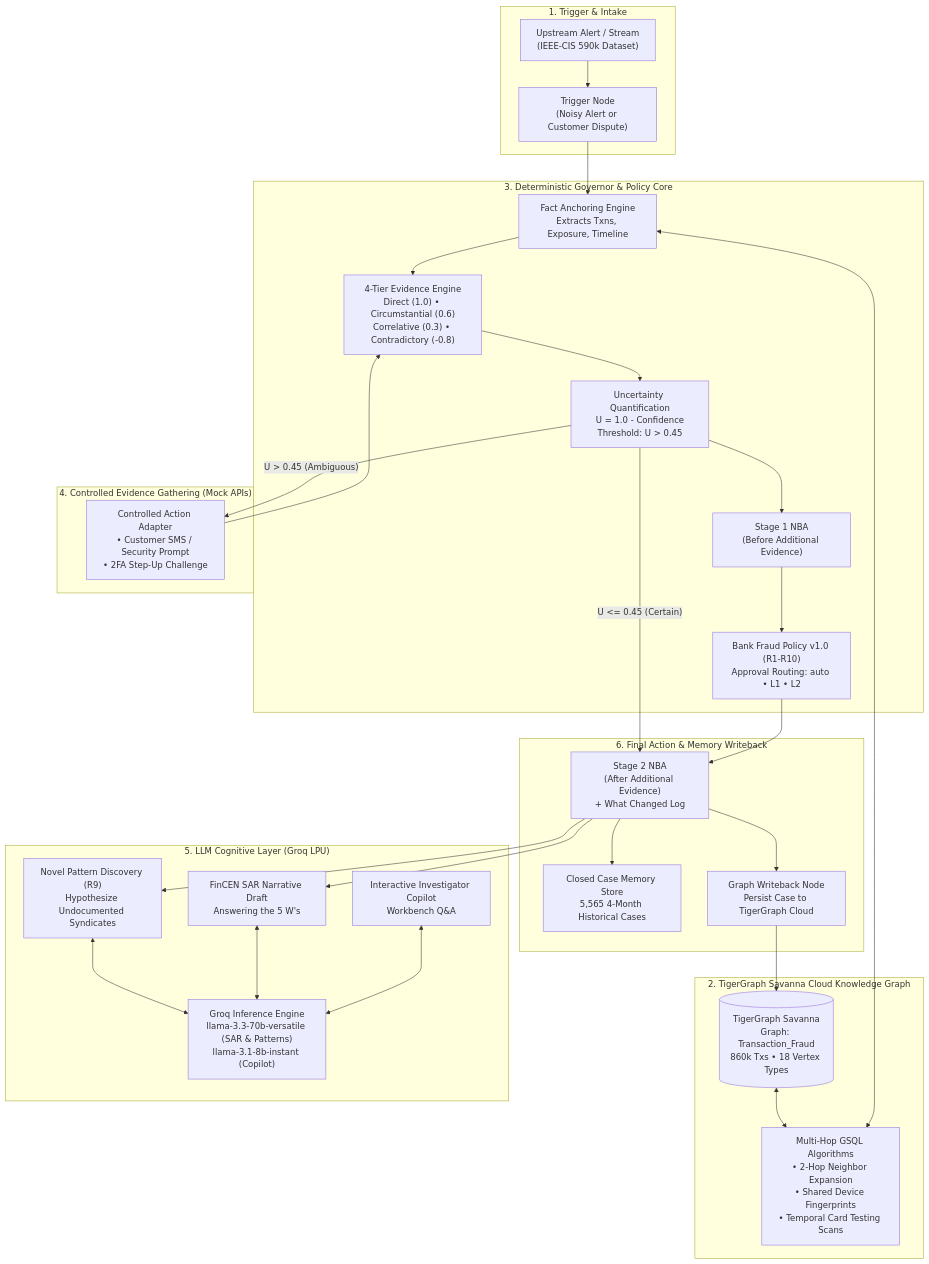
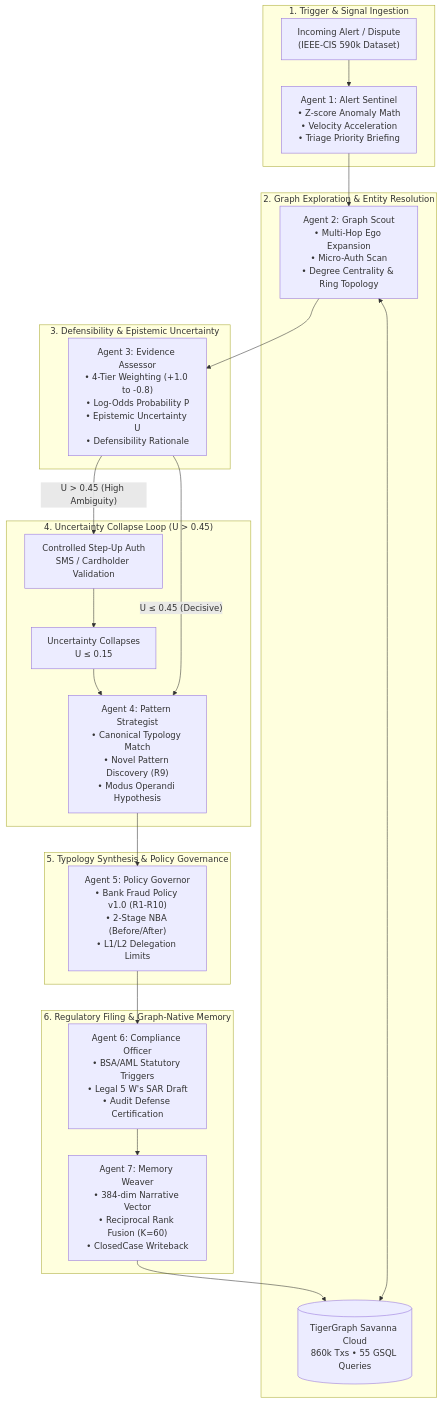
One commit to Soujanya-Mctrl/Zyg0s changed the first of 3 diagrams in ARCHITECTURE.md. Above: the diagram before and after it, drawn with Mermaid. The commit also changed other lines of this file and 55 other files, not shown here.

Commit message:
feat: add agent pipeline, graph-native case memory queries, and fraud case datasets

````diff
--- a/ARCHITECTURE.md
+++ b/ARCHITECTURE.md
@@ -66,59 +70,32 @@
 ```mermaid
 flowchart TD
-    subgraph INGESTION["1. Trigger & Intake"]
-        A1["Upstream Alert / Stream<br/>(IEEE-CIS 590k Dataset)"] --> T1["Trigger Node<br/>(Noisy Alert or Customer Dispute)"]
+    subgraph INGESTION["1. Trigger & Signal Ingestion"]
+        ALERT["Incoming Alert / Dispute<br/>(IEEE-CIS 590k Dataset)"] --> SENTINEL["Agent 1: Alert Sentinel<br/>• Z-score Anomaly Math<br/>• Velocity Acceleration<br/>• Triage Priority Briefing"]
     end
 
-    subgraph TIGERGRAPH["2. TigerGraph Savanna Cloud Knowledge Graph"]
-        TG_CONN[("TigerGraph Savanna<br/>Graph: Transaction_Fraud<br/>860k Txs • 18 Vertex Types")]
-        GSQL_TRAV["Multi-Hop GSQL Algorithms<br/>• 2-Hop Neighbor Expansion<br/>• Shared Device Fingerprints<br/>• Temporal Card Testing Scans"]
-        TG_CONN <--> GSQL_TRAV
+    subgraph TIGERGRAPH["2. Graph Exploration & Entity Resolution"]
+        SENTINEL --> SCOUT["Agent 2: Graph Scout<br/>• Multi-Hop Ego Expansion<br/>• Micro-Auth Scan<br/>• Degree Centrality & Ring Topology"]
+        TG_SAVANNA[("TigerGraph Savanna Cloud<br/>860k Txs • 55 GSQL Queries")] <--> SCOUT
     end
 
-    subgraph SYMBOLIC["3. Deterministic Governor & Policy Core"]
-        ANCHOR["Fact Anchoring Engine<br/>Extracts Txns, Exposure, Timeline"]
-        EVID_ENG["4-Tier Evidence Engine<br/>Direct (1.0) • Circumstantial (0.6)<br/>Correlative (0.3) • Contradictory (-0.8)"]
-        UNCERT["Uncertainty Quantification<br/>U = 1.0 - Confidence<br/>Threshold: U > 0.45"]
-        POLICY["Bank Fraud Policy v1.0 (R1-R10)<br/>Approval Routing: auto • L1 • L2"]
-        STAGE1_NBA["Stage 1 NBA<br/>(Before Additional Evidence)"]
+    subgraph DEFENSE["3. Defensibility & Epistemic Uncertainty"]
+        SCOUT --> ASSESSOR["Agent 3: Evidence Assessor<br/>• 4-Tier Weighting (+1.0 to -0.8)<br/>• Log-Odds Probability P<br/>• Epistemic Uncertainty U<br/>• Defensibility Rationale"]
     end
 
-    subgraph ACTIONS["4. Controlled Evidence Gathering (Mock APIs)"]
-        MOCK_ADAPT["Controlled Action Adapter<br/>• Customer SMS / Security Prompt<br/>• 2FA Step-Up Challenge"]
+    subgraph DYNAMIC_LOOP["4. Uncertainty Collapse Loop (U > 0.45)"]
+        ASSESSOR -- "U > 0.45 (High Ambiguity)" --> STEP_UP["Controlled Step-Up Auth<br/>SMS / Cardholder Validation"]
+        STEP_UP --> RE_ASSESS["Uncertainty Collapses<br/>U ≤ 0.15"]
+        RE_ASSESS --> STRATEGIST
     end
 
-    subgraph NEURAL["5. LLM Cognitive Layer (Groq LPU)"]
-        GROQ_CLIENT["Groq Inference Engine<br/>llama-3.3-70b-versatile (SAR & Patterns)<br/>llama-3.1-8b-instant (Copilot)"]
-        NOVEL_PAT["Novel Pattern Discovery (R9)<br/>Hypothesize Undocumented Syndicates"]
-        SAR_GEN["FinCEN SAR Narrative Draft<br/>Answering the 5 W's"]
-        COPILOT["Interactive Investigator Copilot<br/>Workbench Q&A"]
+    subgraph REASONING["5. Typology Synthesis & Policy Governance"]
+        ASSESSOR -- "U ≤ 0.45 (Decisive)" --> STRATEGIST["Agent 4: Pattern Strategist<br/>• Canonical Typology Match<br/>• Novel Pattern Discovery (R9)<br/>• Modus Operandi Hypothesis"]
+        STRATEGIST --> GOVERNOR["Agent 5: Policy Governor<br/>• Bank Fraud Policy v1.0 (R1-R10)<br/>• 2-Stage NBA (Before/After)<br/>• L1/L2 Delegation Limits"]
     end
 
-    subgraph RESOLUTION["6. Final Action & Memory Writeback"]
-        STAGE2_NBA["Stage 2 NBA<br/>(After Additional Evidence)<br/>+ What Changed Log"]
-        MEM_STORE["Closed Case Memory Store<br/>5,565 4-Month Historical Cases"]
-        WRITEBACK["Graph Writeback Node<br/>Persist Case to TigerGraph Cloud"]
+    subgraph COMPLIANCE["6. Regulatory Filing & Graph-Native Memory"]
+        GOVERNOR --> COMPLIANCE_OFFICER["Agent 6: Compliance Officer<br/>• BSA/AML Statutory Triggers<br/>• Legal 5 W's SAR Draft<br/>• Audit Defense Certification"]
+        COMPLIANCE_OFFICER --> WEAVER["Agent 7: Memory Weaver<br/>• 384-dim Narrative Vector<br/>• Reciprocal Rank Fusion (K=60)<br/>• ClosedCase Writeback"]
+        WEAVER --> TG_SAVANNA
     end
-
-    T1 --> ANCHOR
-    ANCHOR <--> GSQL_TRAV
-    ANCHOR --> EVID_ENG
-    EVID_ENG --> UNCERT
-    UNCERT --> STAGE1_NBA
-    STAGE1_NBA --> POLICY
-
-    UNCERT -- "U > 0.45 (Ambiguous)" --> MOCK_ADAPT
-    UNCERT -- "U <= 0.45 (Certain)" --> STAGE2_NBA
-    MOCK_ADAPT --> EVID_ENG
-
-    POLICY --> STAGE2_NBA
-    STAGE2_NBA --> NOVEL_PAT
-    STAGE2_NBA --> SAR_GEN
-    NOVEL_PAT <--> GROQ_CLIENT
-    SAR_GEN <--> GROQ_CLIENT
-    COPILOT <--> GROQ_CLIENT
-
-    STAGE2_NBA --> MEM_STORE
-    STAGE2_NBA --> WRITEBACK
-    WRITEBACK --> TG_CONN
 ```
````
